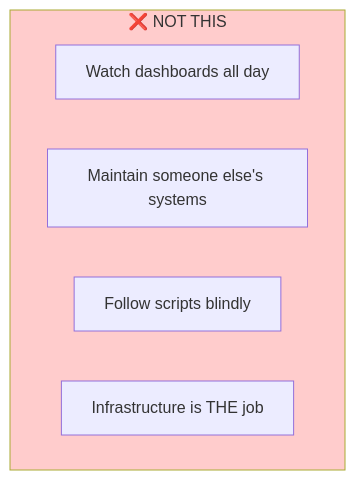
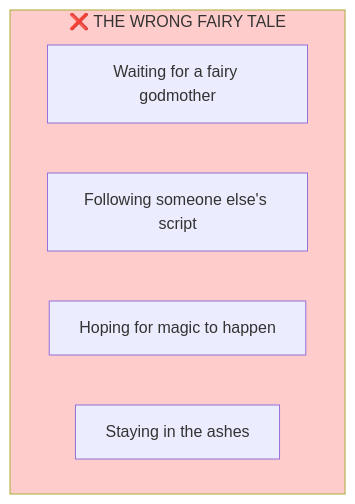
The sixth of 7 diagrams in DevOps/README.md (PearlThoughtsInternship/Internship-Obsidian-Vault), drawn with Mermaid before and after one commit. The commit also changed other lines of this file and 1 other file, not shown here.

````diff
--- a/DevOps/README.md
+++ b/DevOps/README.md
@@ -296,11 +301,11 @@
 ```mermaid
 flowchart TB
-    subgraph Boring["❌ NOT THIS"]
-        B1["Watch dashboards all day"]
-        B2["Maintain someone else's systems"]
-        B3["Follow scripts blindly"]
-        B4["Infrastructure is THE job"]
+    subgraph Boring["❌ THE WRONG FAIRY TALE"]
+        B1["Waiting for a fairy godmother"]
+        B2["Following someone else's script"]
+        B3["Hoping for magic to happen"]
+        B4["Staying in the ashes"]
     end
 
     style Boring fill:#ffcccc
 ```
````
